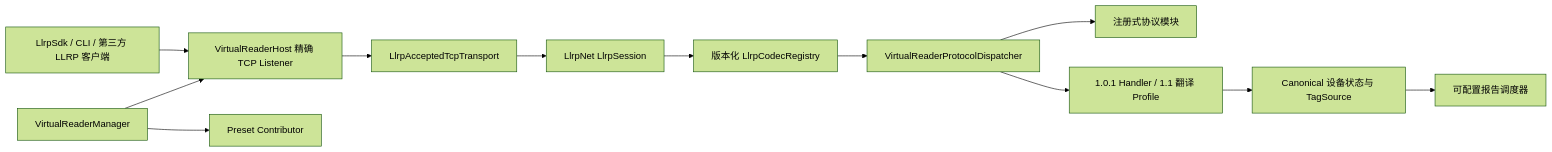
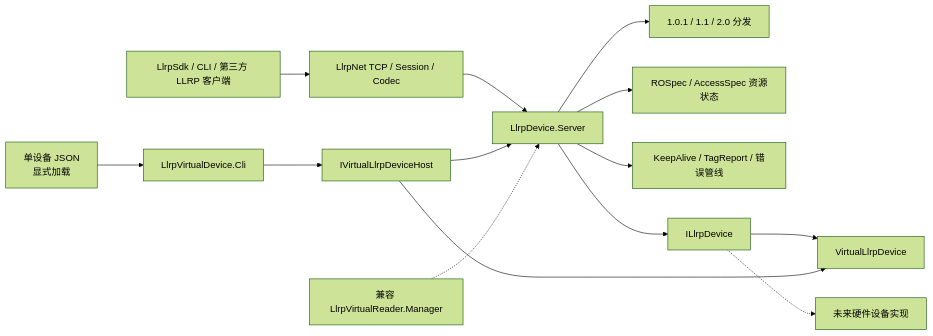
The first of 2 diagrams in docs/architecture/overview.zh.md (newton5555/LLRPCSharp), drawn with Mermaid (forest theme) before and after one commit. The commit also changed other lines of this file and 73 other files, not shown here.

Commit message:
feat: complete LLRP 1.0.1 virtual device

````diff
--- a/docs/architecture/overview.zh.md
+++ b/docs/architecture/overview.zh.md
@@ -31,14 +32,16 @@
 ```mermaid
 flowchart LR
-    Client["LlrpSdk / CLI / 第三方 LLRP 客户端"] --> Listener["VirtualReaderHost 精确 TCP Listener"]
-    Listener --> Accepted["LlrpAcceptedTcpTransport"]
-    Accepted --> Session["LlrpNet LlrpSession"]
-    Session --> Registry["版本化 LlrpCodecRegistry"]
-    Registry --> Dispatch["VirtualReaderProtocolDispatcher"]
-    Dispatch --> Module["注册式协议模块"]
-    Dispatch --> Standard["1.0.1 Handler / 1.1 翻译 Profile"]
-    Standard --> State["Canonical 设备状态与 TagSource"]
-    State --> Reports["可配置报告调度器"]
-    Manager["VirtualReaderManager"] --> Listener
-    Manager --> Presets["Preset Contributor"]
+    Client["LlrpSdk / CLI / 第三方 LLRP 客户端"] --> Net["LlrpNet TCP / Session / Codec"]
+    Net --> Server["LlrpDevice.Server"]
+    Server --> Protocol["1.0.1 / 1.1 / 2.0 分发"]
+    Server --> Resources["ROSpec / AccessSpec 资源状态"]
+    Server --> Reports["KeepAlive / TagReport / 错误管线"]
+    Server --> Contract["ILlrpDevice"]
+    Contract --> Virtual["VirtualLlrpDevice"]
+    Contract -.-> Physical["未来硬件设备实现"]
+    Host["IVirtualLlrpDeviceHost"] --> Server
+    Host --> Virtual
+    DeviceCli["LlrpVirtualDevice.Cli"] --> Host
+    Manager["兼容 LlrpVirtualReader.Manager"] -.-> Server
+    Config["单设备 JSON<br/>显式加载"] --> DeviceCli
 ```
````
